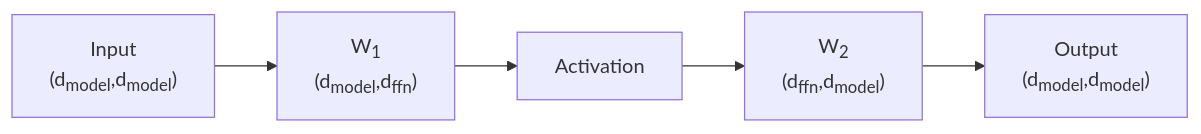
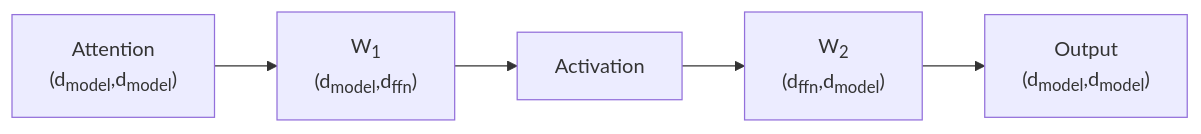
One commit to ChrisZhu2050/chriszhu2050.github.io changed the third of 16 diagrams in index.md. Above: the diagram before and after it, drawn with Mermaid. The commit also changed other lines of this file, not shown here.

````diff
--- a/index.md
+++ b/index.md
@@ -142,10 +142,10 @@
       ```mermaid
       graph LR
-          G["`Input
+          G["`Attention
           (d<sub>model</sub>,d<sub>model</sub>)`"]  --> 
           A["`W<sub>1</sub>
           (d<sub>model</sub>,d<sub>ffn</sub>)`"]  --> B["`Activation`"] --> D["`W<sub>2</sub>
           (d<sub>ffn</sub>,d<sub>model</sub>)
           `"] --> E["`Output
           (d<sub>model</sub>,d<sub>model</sub>)`"]
       ```   
````
